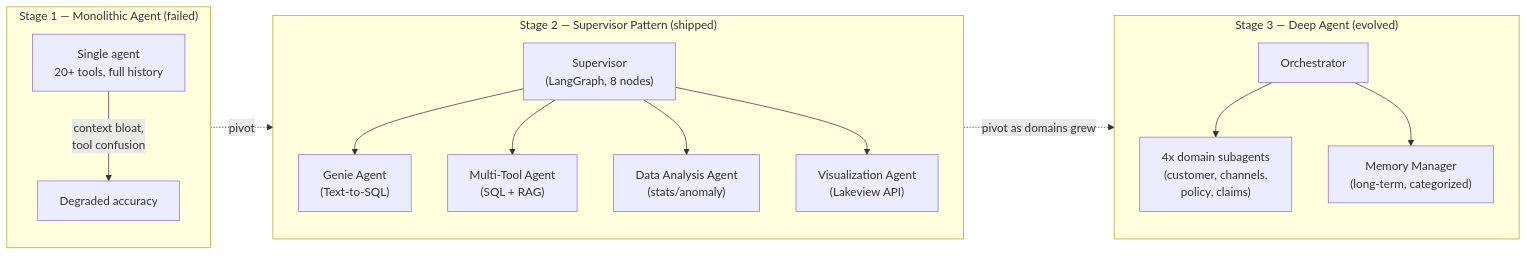
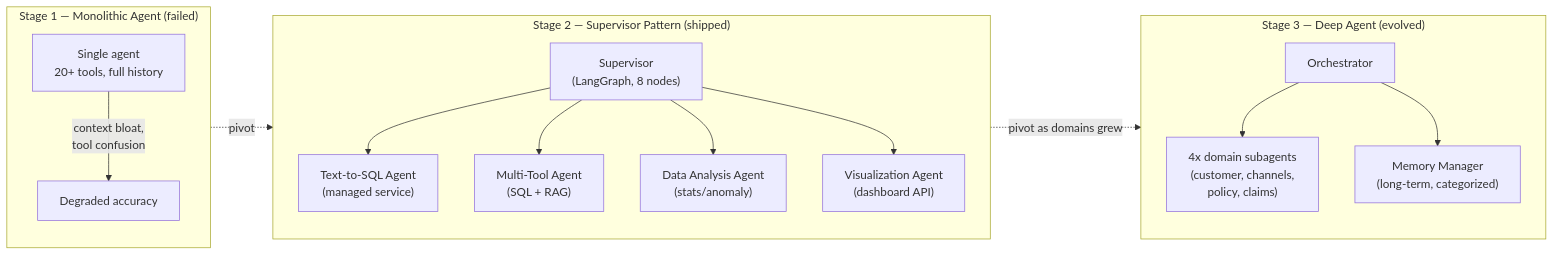
One commit to Sourav692/Forward-Deployed-Engineer-Interview-Prep changed the diagram in site/content/modules/15-fde-case-studies/knowledge-retrieval/nl-over-governed-data/full-pack-part-4.md. Above: the diagram before and after it, drawn with Mermaid. The commit also changed other lines of this file and 177 other files, not shown here.

````diff
--- a/site/content/modules/15-fde-case-studies/knowledge-retrieval/nl-over-governed-data/full-pack-part-4.md
+++ b/site/content/modules/15-fde-case-studies/knowledge-retrieval/nl-over-governed-data/full-pack-part-4.md
@@ -60,18 +60,18 @@
 ```mermaid
 flowchart LR
     subgraph S1["Stage 1 — Monolithic Agent (failed)"]
         A1["Single agent<br/>20+ tools, full history"] -->|context bloat,<br/>tool confusion| A2["Degraded accuracy"]
     end
     subgraph S2["Stage 2 — Supervisor Pattern (shipped)"]
-        B1["Supervisor<br/>(LangGraph, 8 nodes)"] --> B2["Genie Agent<br/>(Text-to-SQL)"]
+        B1["Supervisor<br/>(LangGraph, 8 nodes)"] --> B2["Text-to-SQL Agent<br/>(managed service)"]
         B1 --> B3["Multi-Tool Agent<br/>(SQL + RAG)"]
         B1 --> B4["Data Analysis Agent<br/>(stats/anomaly)"]
-        B1 --> B5["Visualization Agent<br/>(Lakeview API)"]
+        B1 --> B5["Visualization Agent<br/>(dashboard API)"]
     end
     subgraph S3["Stage 3 — Deep Agent (evolved)"]
         C1["Orchestrator"] --> C2["4x domain subagents<br/>(customer, channels,<br/>policy, claims)"]
         C1 --> C3["Memory Manager<br/>(long-term, categorized)"]
     end
     S1 -.pivot.-> S2
     S2 -.pivot as domains grew.-> S3
 ```
````
